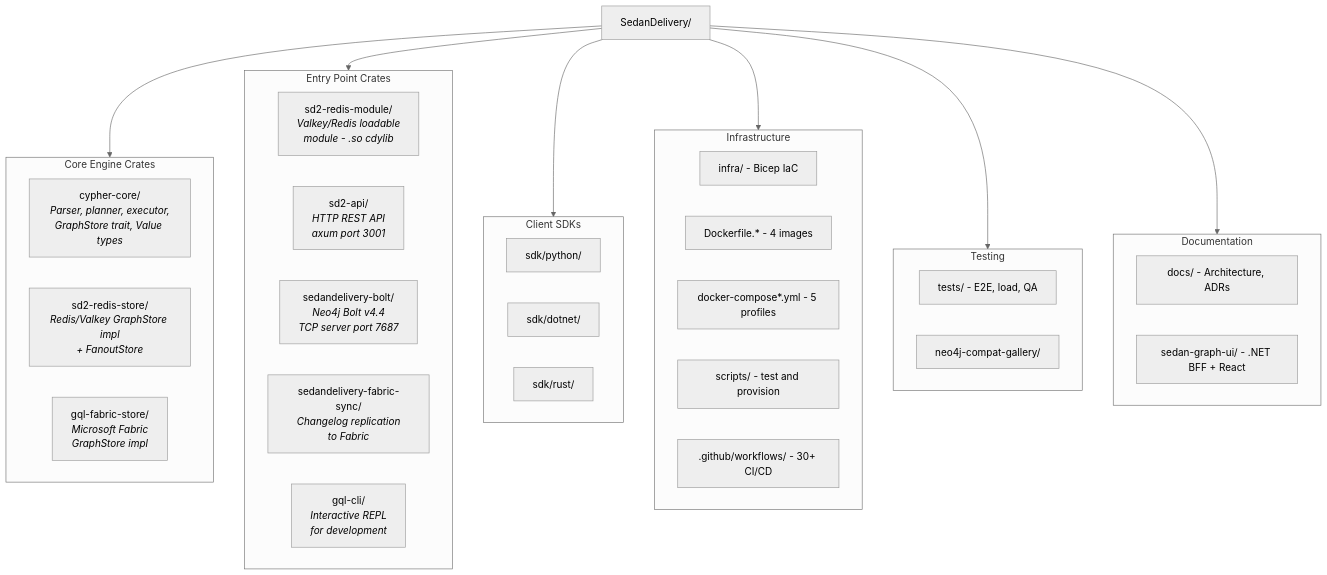
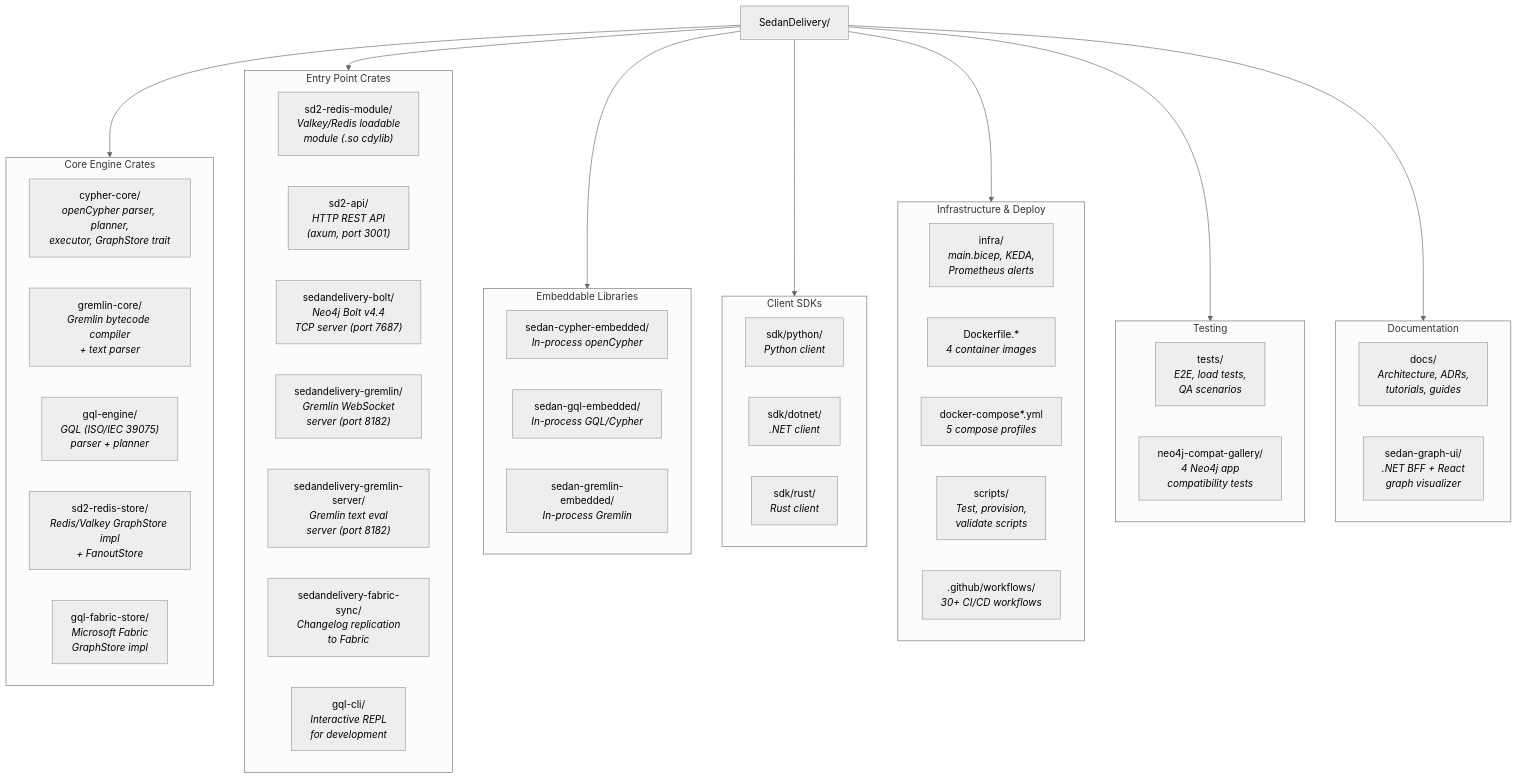
One commit to rysweet/SedanDelivery changed the diagram in docs/atlas/repo-surface/repo-surface.mmd. Above: the diagram before and after it, drawn with Mermaid (neutral theme). The commit also changed 17 other files, not shown here.

```diff
--- a/docs/atlas/repo-surface/repo-surface.mmd
+++ b/docs/atlas/repo-surface/repo-surface.mmd
@@ -1,47 +1,58 @@
 graph TD
     ROOT["SedanDelivery/"]
-    
+
     subgraph core_crates["Core Engine Crates"]
-        GQL_CORE["cypher-core/<br/><i>Parser, planner, executor,<br/>GraphStore trait, Value types</i>"]
-        GQL_REDIS["sd2-redis-store/<br/><i>Redis/Valkey GraphStore impl<br/>+ FanoutStore</i>"]
+        CYPHER_CORE["cypher-core/<br/><i>openCypher parser, planner,<br/>executor, GraphStore trait</i>"]
+        GREMLIN_CORE["gremlin-core/<br/><i>Gremlin bytecode compiler<br/>+ text parser</i>"]
+        GQL_ENGINE["gql-engine/<br/><i>GQL (ISO/IEC 39075)<br/>parser + planner</i>"]
+        SD2_REDIS_STORE["sd2-redis-store/<br/><i>Redis/Valkey GraphStore impl<br/>+ FanoutStore</i>"]
         GQL_FABRIC["gql-fabric-store/<br/><i>Microsoft Fabric<br/>GraphStore impl</i>"]
     end
 
     subgraph entry_points["Entry Point Crates"]
-        GQL_MODULE["sd2-redis-module/<br/><i>Valkey/Redis loadable<br/>module - .so cdylib</i>"]
-        GQL_API["sd2-api/<br/><i>HTTP REST API<br/>axum port 3001</i>"]
-        BOLT["sedandelivery-bolt/<br/><i>Neo4j Bolt v4.4<br/>TCP server port 7687</i>"]
+        SD2_REDIS_MODULE["sd2-redis-module/<br/><i>Valkey/Redis loadable<br/>module (.so cdylib)</i>"]
+        SD2_API["sd2-api/<br/><i>HTTP REST API<br/>(axum, port 3001)</i>"]
+        BOLT["sedandelivery-bolt/<br/><i>Neo4j Bolt v4.4<br/>TCP server (port 7687)</i>"]
+        GREMLIN_WS["sedandelivery-gremlin/<br/><i>Gremlin WebSocket<br/>server (port 8182)</i>"]
+        GREMLIN_TEXT["sedandelivery-gremlin-server/<br/><i>Gremlin text eval<br/>server (port 8182)</i>"]
         SYNC["sedandelivery-fabric-sync/<br/><i>Changelog replication<br/>to Fabric</i>"]
         CLI["gql-cli/<br/><i>Interactive REPL<br/>for development</i>"]
     end
 
-    subgraph sdks["Client SDKs"]
-        SDK_PY["sdk/python/"]
-        SDK_NET["sdk/dotnet/"]
-        SDK_RS["sdk/rust/"]
+    subgraph embedded_crates["Embeddable Libraries"]
+        CYPHER_EMB["sedan-cypher-embedded/<br/><i>In-process openCypher</i>"]
+        GQL_EMB["sedan-gql-embedded/<br/><i>In-process GQL/Cypher</i>"]
+        GREMLIN_EMB["sedan-gremlin-embedded/<br/><i>In-process Gremlin</i>"]
     end
 
-    subgraph infra_deploy["Infrastructure"]
-        INFRA["infra/ - Bicep IaC"]
-        DOCKER["Dockerfile.* - 4 images"]
-        COMPOSE["docker-compose*.yml - 5 profiles"]
-        SCRIPTS["scripts/ - test and provision"]
-        GH_ACTIONS[".github/workflows/ - 30+ CI/CD"]
+    subgraph sdks["Client SDKs"]
+        SDK_PY["sdk/python/<br/><i>Python client</i>"]
+        SDK_NET["sdk/dotnet/<br/><i>.NET client</i>"]
+        SDK_RS["sdk/rust/<br/><i>Rust client</i>"]
+    end
+
+    subgraph infra_deploy["Infrastructure & Deploy"]
+        INFRA["infra/<br/><i>main.bicep, KEDA,<br/>Prometheus alerts</i>"]
+        DOCKER["Dockerfile.*<br/><i>4 container images</i>"]
+        COMPOSE["docker-compose*.yml<br/><i>5 compose profiles</i>"]
+        SCRIPTS["scripts/<br/><i>Test, provision,<br/>validate scripts</i>"]
+        GH_ACTIONS[".github/workflows/<br/><i>30+ CI/CD workflows</i>"]
     end
 
     subgraph testing["Testing"]
-        TESTS["tests/ - E2E, load, QA"]
-        NEO4J_COMPAT["neo4j-compat-gallery/"]
+        TESTS["tests/<br/><i>E2E, load tests,<br/>QA scenarios</i>"]
+        NEO4J_COMPAT["neo4j-compat-gallery/<br/><i>4 Neo4j app<br/>compatibility tests</i>"]
     end
 
     subgraph docs_group["Documentation"]
-        DOCS["docs/ - Architecture, ADRs"]
-        SEDAN_UI["sedan-graph-ui/ - .NET BFF + React"]
+        DOCS["docs/<br/><i>Architecture, ADRs,<br/>tutorials, guides</i>"]
+        SEDAN_UI["sedan-graph-ui/<br/><i>.NET BFF + React<br/>graph visualizer</i>"]
     end
 
     ROOT --> core_crates
     ROOT --> entry_points
+    ROOT --> embedded_crates
     ROOT --> sdks
     ROOT --> infra_deploy
     ROOT --> testing
     ROOT --> docs_group
```
